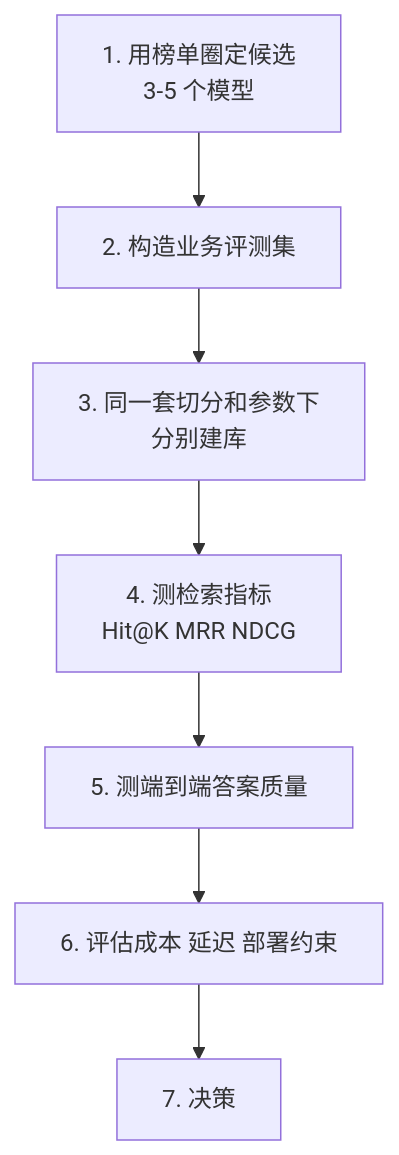
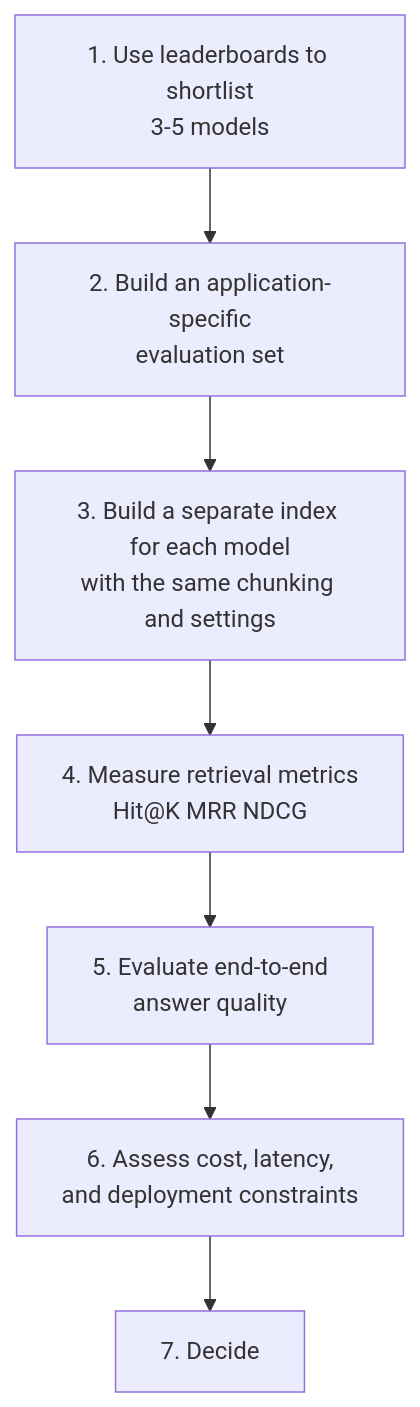
One commit to oneleaveknowsthefall/awesome-ai-roadmap changed the second of 3 diagrams in docs/rag/02-ingestion-indexing/07-embedding-selection.md. Above: the diagram before and after it, drawn with Mermaid. The commit also changed other lines of this file and 60 other files, not shown here.

````diff
--- a/docs/rag/02-ingestion-indexing/07-embedding-selection.md
+++ b/docs/rag/02-ingestion-indexing/07-embedding-selection.md
@@ -54,9 +54,9 @@
 ```mermaid
 flowchart TB
-    S1[1. 用榜单圈定候选<br/>3-5 个模型] --> S2[2. 构造业务评测集]
-    S2 --> S3[3. 同一套切分和参数下<br/>分别建库]
-    S3 --> S4[4. 测检索指标<br/>Hit@K MRR NDCG]
-    S4 --> S5[5. 测端到端答案质量]
-    S5 --> S6[6. 评估成本 延迟 部署约束]
-    S6 --> S7[7. 决策]
+    S1[1. Use leaderboards to shortlist<br/>3-5 models] --> S2[2. Build an application-specific<br/>evaluation set]
+    S2 --> S3[3. Build a separate index for each model<br/>with the same chunking and settings]
+    S3 --> S4[4. Measure retrieval metrics<br/>Hit@K MRR NDCG]
+    S4 --> S5[5. Evaluate end-to-end<br/>answer quality]
+    S5 --> S6[6. Assess cost, latency,<br/>and deployment constraints]
+    S6 --> S7[7. Decide]
 ```
````
